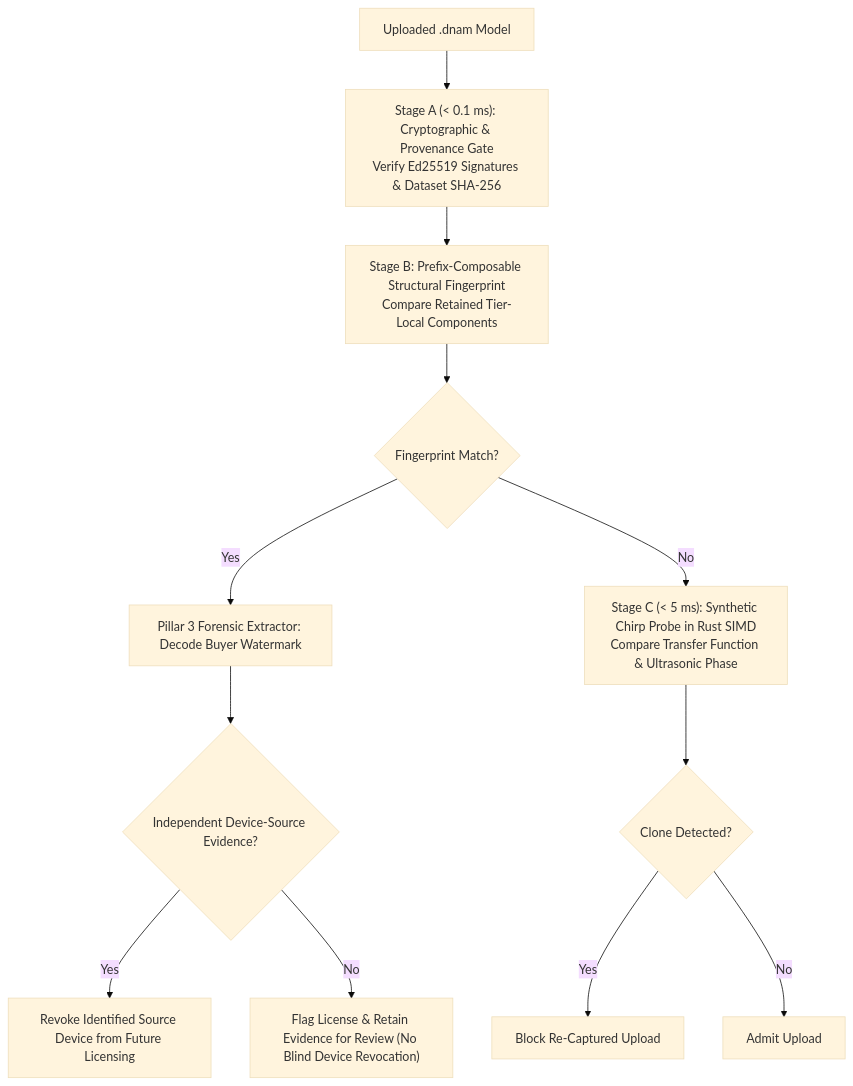
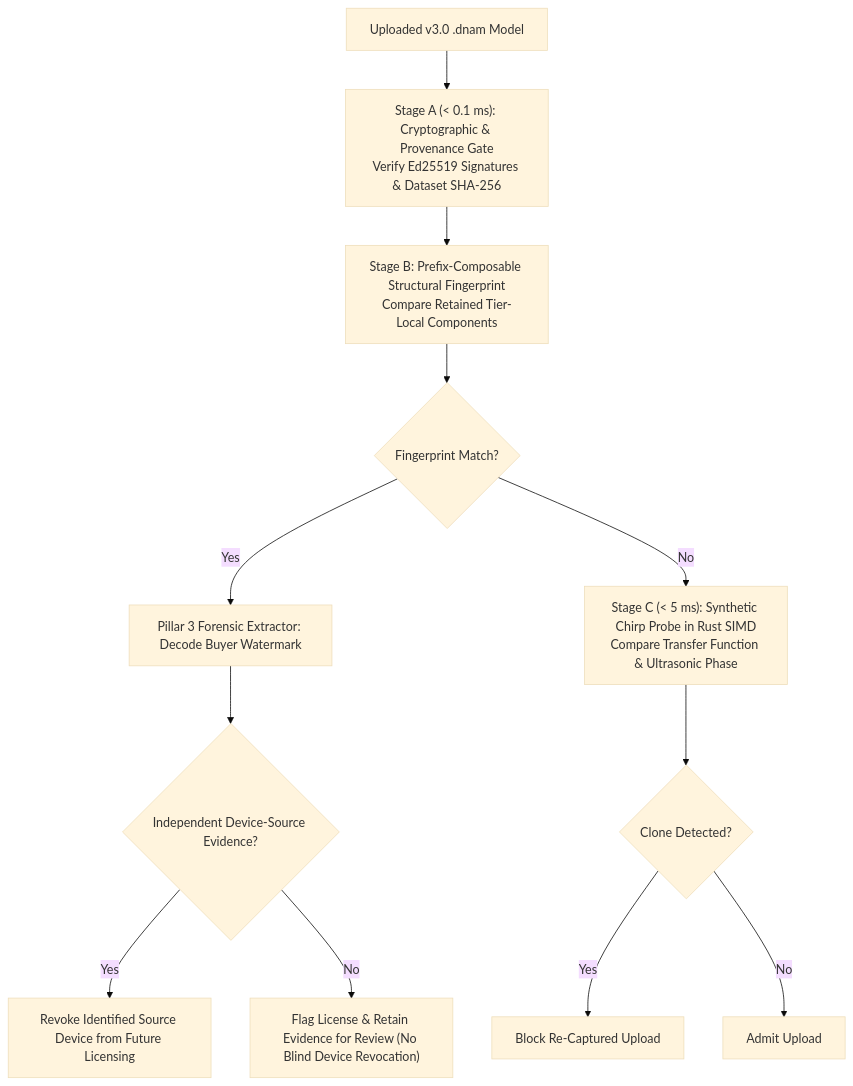
The first of 3 diagrams in docs/specs/security/watermarking_and_marketplace.md (mokugen/dnam), drawn with Mermaid (base theme) before and after one commit. The commit also changed other lines of this file and 99 other files, not shown here.

Commit message:
docs(specs): cut over canonical architecture and v3.0 specs to SONA + WebGPU

````diff
--- a/docs/specs/security/watermarking_and_marketplace.md
+++ b/docs/specs/security/watermarking_and_marketplace.md
@@ -75,14 +75,14 @@
 ```mermaid
 flowchart TD
-    Upload["Uploaded .dnam Model"] --> StageA["Stage A (< 0.1 ms): Cryptographic & Provenance Gate<br/>Verify Ed25519 Signatures & Dataset SHA-256"]
+    Upload["Uploaded v3.0 .dnam Model"] --> StageA["Stage A (< 0.1 ms): Cryptographic & Provenance Gate<br/>Verify Ed25519 Signatures & Dataset SHA-256"]
     StageA --> StageB["Stage B: Prefix-Composable Structural Fingerprint<br/>Compare Retained Tier-Local Components"]
     StageB --> Match{"Fingerprint Match?"}
     Match -- "Yes" --> Trace["Pillar 3 Forensic Extractor: Decode Buyer Watermark"]
     Trace --> Evid{"Independent Device-Source Evidence?"}
     Evid -- "Yes" --> Revoke["Revoke Identified Source Device from Future Licensing"]
     Evid -- "No" --> Hold["Flag License & Retain Evidence for Review (No Blind Device Revocation)"]
     Match -- "No" --> StageC["Stage C (< 5 ms): Synthetic Chirp Probe in Rust SIMD<br/>Compare Transfer Function & Ultrasonic Phase"]
     StageC --> Clone{"Clone Detected?"}
     Clone -- "Yes" --> Block["Block Re-Captured Upload"]
     Clone -- "No" --> Pass["Admit Upload"]
 ```
````
